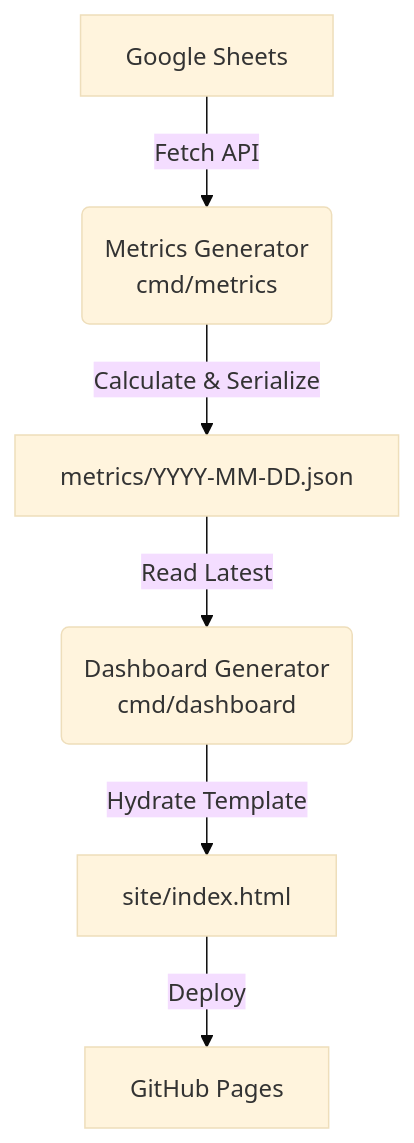
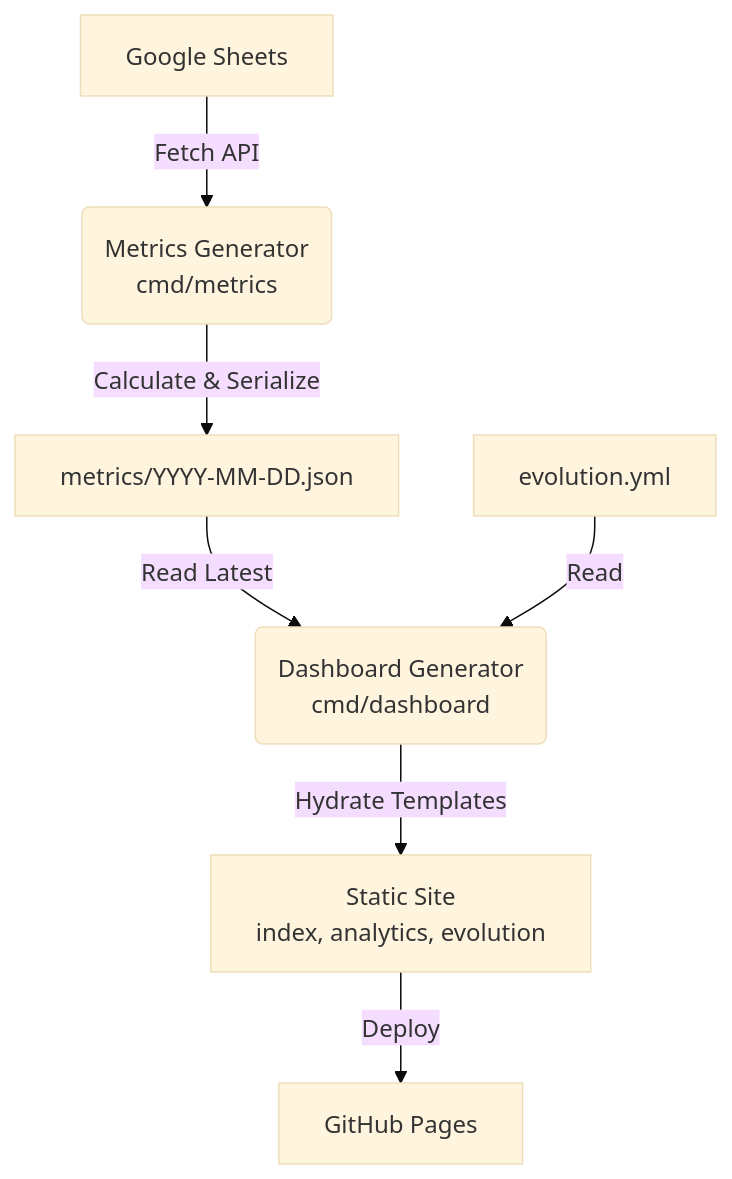
The first of 2 diagrams in docs/dashboard_architecture.md (victoriacheng15/personal-reading-analytics-dashboard), drawn with Mermaid (base theme) before and after one commit. The commit also changed other lines of this file and 3 other files, not shown here.

Commit message:
docs(arch): centralize documentation and update dashboard architecture

````diff
--- a/docs/dashboard_architecture.md
+++ b/docs/dashboard_architecture.md
@@ -7,8 +7,9 @@
 ```mermaid
 graph TD
     A[Google Sheets] -->|Fetch API| B(Metrics Generator<br/>cmd/metrics)
     B -->|Calculate & Serialize| C[metrics/YYYY-MM-DD.json]
     C -->|Read Latest| D(Dashboard Generator<br/>cmd/dashboard)
-    D -->|Hydrate Template| E[site/index.html]
+    G[evolution.yml] -->|Read| D
+    D -->|Hydrate Templates| E[Static Site<br/>index, analytics, evolution]
     E -->|Deploy| F[GitHub Pages]
 ```
````
